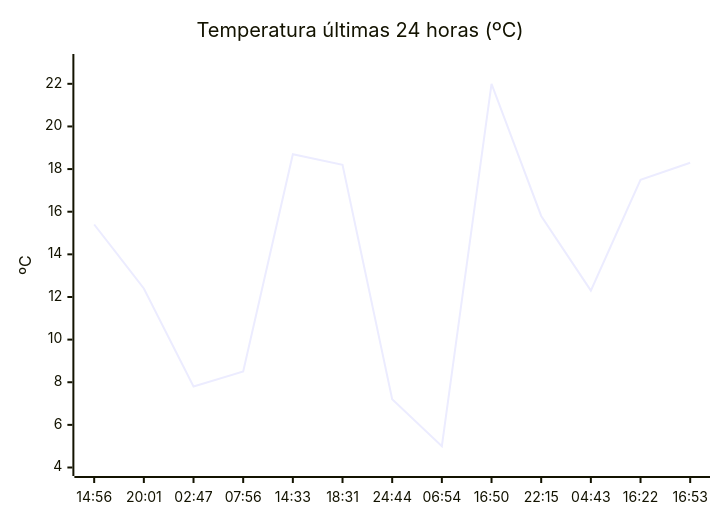
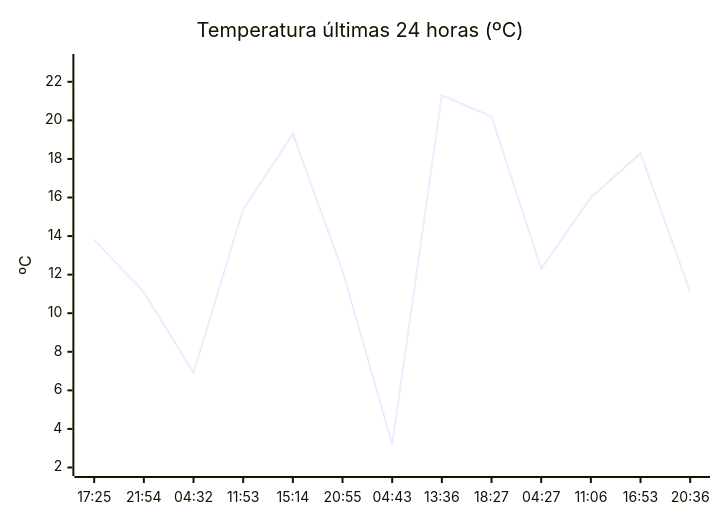
One commit to solidsnk86/rem-scrap changed the diagram in README.md. Above: the diagram before and after it, drawn with Mermaid. The commit also changed other lines of this file, not shown here.

````diff
--- a/README.md
+++ b/README.md
@@ -28,7 +32,7 @@
 ```mermaid
 xychart-beta
     title "Temperatura últimas 24 horas (ºC)"
-    x-axis ["14:56", "20:01", "02:47", "07:56", "14:33", "18:31", "24:44", "06:54", "16:50", "22:15", "04:43", "16:22", "16:53"]
-    y-axis "ºC" 4 --> 23
-    line [15.4, 12.4, 7.8, 8.5, 18.7, 18.2, 7.2, 5, 22, 15.8, 12.3, 17.5, 18.3]
+    x-axis ["17:25", "21:54", "04:32", "11:53", "15:14", "20:55", "04:43", "13:36", "18:27", "04:27", "11:06", "16:53", "20:36"]
+    y-axis "ºC" 2 --> 23
+    line [13.8, 11.1, 6.9, 15.4, 19.3, 12.2, 3.2, 21.3, 20.2, 12.3, 16, 18.3, 11.1]
 ```
````
